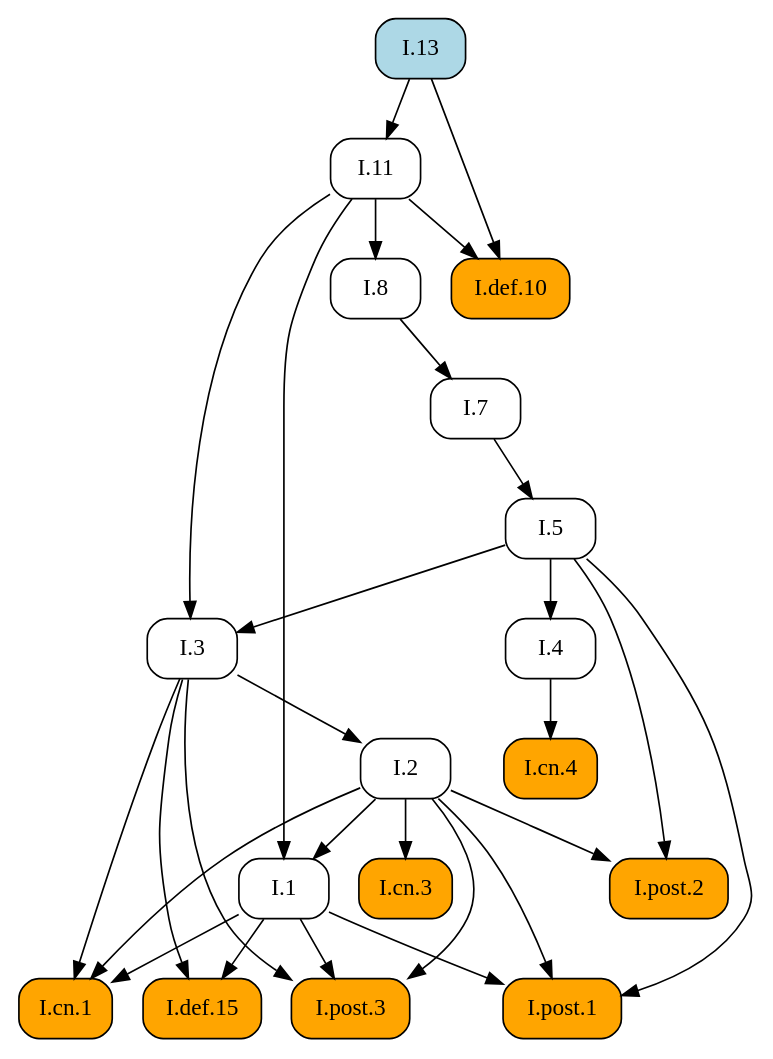
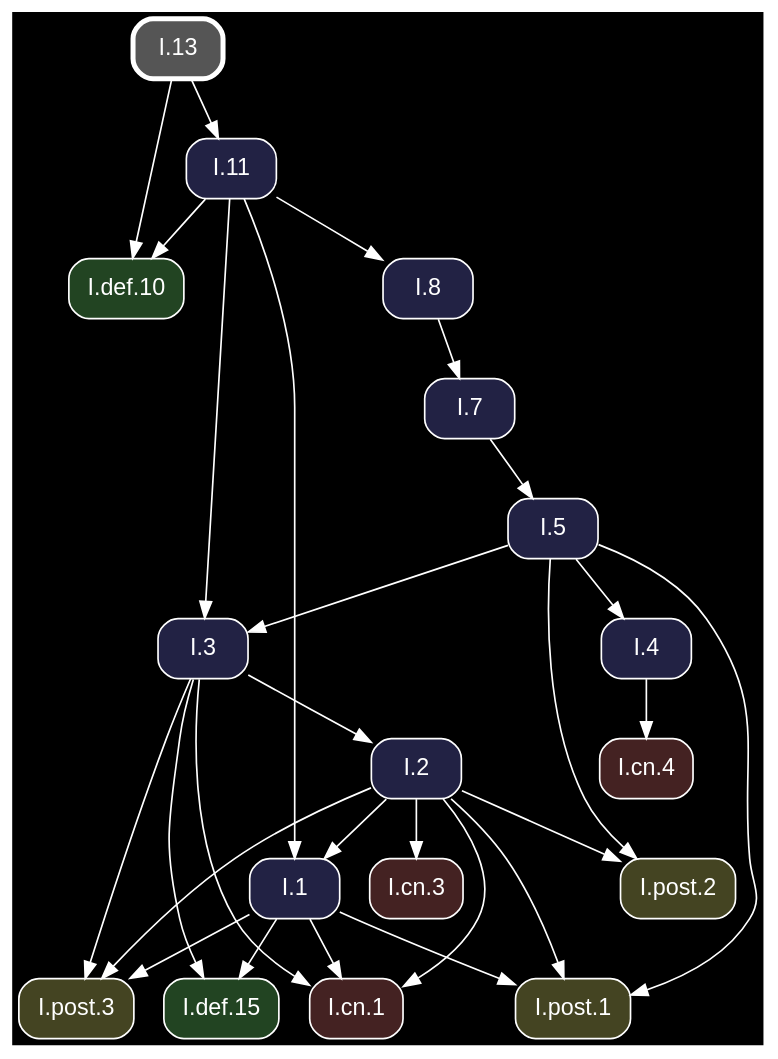
One commit to geometor/elements changed the diagram in docsrc/heath/I/13/index.rst. Above: the diagram before and after it, drawn with Graphviz. The commit also changed other lines of this file and 1200 other files, not shown here.

Commit message:
update dependency graphs

```diff
--- a/docsrc/heath/I/13/index.rst
+++ b/docsrc/heath/I/13/index.rst
@@ -71,50 +71,52 @@
 .. graphviz::
 
    digraph {
+     bgcolor="black";
+     node [shape=box, style="rounded,filled", fontname="Helvetica", color="white", fontcolor="white"];
+     edge [color="white", fontcolor="white"];
      rankdir="TB";
-     node [shape=box, style=rounded];
-     "I.cn.1" [style="rounded,filled", fillcolor=orange, URL="/heath/I/cn.1/", target="_top"];
-     "I.7" [URL="/heath/I/7/", target="_top"];
-     "I.2" [URL="/heath/I/2/", target="_top"];
-     "I.def.15" [style="rounded,filled", fillcolor=orange, URL="/heath/I/def.15/", target="_top"];
-     "I.13" [style="rounded,filled", fillcolor=lightblue, URL="/heath/I/13/", target="_top"];
-     "I.4" [URL="/heath/I/4/", target="_top"];
-     "I.1" [URL="/heath/I/1/", target="_top"];
-     "I.post.3" [style="rounded,filled", fillcolor=orange, URL="/heath/I/post.3/", target="_top"];
-     "I.post.1" [style="rounded,filled", fillcolor=orange, URL="/heath/I/post.1/", target="_top"];
-     "I.8" [URL="/heath/I/8/", target="_top"];
-     "I.5" [URL="/heath/I/5/", target="_top"];
-     "I.cn.3" [style="rounded,filled", fillcolor=orange, URL="/heath/I/cn.3/", target="_top"];
-     "I.def.10" [style="rounded,filled", fillcolor=orange, URL="/heath/I/def.10/", target="_top"];
-     "I.11" [URL="/heath/I/11/", target="_top"];
-     "I.cn.4" [style="rounded,filled", fillcolor=orange, URL="/heath/I/cn.4/", target="_top"];
-     "I.post.2" [style="rounded,filled", fillcolor=orange, URL="/heath/I/post.2/", target="_top"];
-     "I.3" [URL="/heath/I/3/", target="_top"];
+     "I.3" [fillcolor="#222244", URL="/heath/I/3/", target="_top"];
+     "I.post.1" [fillcolor="#444422", URL="/heath/I/post.1/", target="_top"];
+     "I.cn.1" [fillcolor="#442222", URL="/heath/I/cn.1/", target="_top"];
+     "I.def.10" [fillcolor="#224422", URL="/heath/I/def.10/", target="_top"];
+     "I.11" [fillcolor="#222244", URL="/heath/I/11/", target="_top"];
+     "I.cn.3" [fillcolor="#442222", URL="/heath/I/cn.3/", target="_top"];
+     "I.13" [penwidth=3, color="white", fillcolor="#555555", URL="/heath/I/13/", target="_top"];
+     "I.post.2" [fillcolor="#444422", URL="/heath/I/post.2/", target="_top"];
+     "I.2" [fillcolor="#222244", URL="/heath/I/2/", target="_top"];
+     "I.cn.4" [fillcolor="#442222", URL="/heath/I/cn.4/", target="_top"];
+     "I.1" [fillcolor="#222244", URL="/heath/I/1/", target="_top"];
+     "I.8" [fillcolor="#222244", URL="/heath/I/8/", target="_top"];
+     "I.post.3" [fillcolor="#444422", URL="/heath/I/post.3/", target="_top"];
+     "I.4" [fillcolor="#222244", URL="/heath/I/4/", target="_top"];
+     "I.7" [fillcolor="#222244", URL="/heath/I/7/", target="_top"];
+     "I.def.15" [fillcolor="#224422", URL="/heath/I/def.15/", target="_top"];
+     "I.5" [fillcolor="#222244", URL="/heath/I/5/", target="_top"];
+     "I.5" -> "I.3";
+     "I.11" -> "I.3";
+     "I.1" -> "I.post.1";
+     "I.2" -> "I.post.1";
+     "I.5" -> "I.post.1";
      "I.1" -> "I.cn.1";
      "I.2" -> "I.cn.1";
      "I.3" -> "I.cn.1";
-     "I.8" -> "I.7";
+     "I.11" -> "I.def.10";
+     "I.13" -> "I.def.10";
+     "I.13" -> "I.11";
+     "I.2" -> "I.cn.3";
+     "I.2" -> "I.post.2";
+     "I.5" -> "I.post.2";
      "I.3" -> "I.2";
-     "I.1" -> "I.def.15";
-     "I.3" -> "I.def.15";
-     "I.5" -> "I.4";
+     "I.4" -> "I.cn.4";
      "I.2" -> "I.1";
      "I.11" -> "I.1";
+     "I.11" -> "I.8";
      "I.1" -> "I.post.3";
      "I.2" -> "I.post.3";
      "I.3" -> "I.post.3";
-     "I.1" -> "I.post.1";
-     "I.2" -> "I.post.1";
-     "I.5" -> "I.post.1";
-     "I.11" -> "I.8";
+     "I.5" -> "I.4";
+     "I.8" -> "I.7";
+     "I.1" -> "I.def.15";
+     "I.3" -> "I.def.15";
      "I.7" -> "I.5";
-     "I.2" -> "I.cn.3";
-     "I.11" -> "I.def.10";
-     "I.13" -> "I.def.10";
-     "I.13" -> "I.11";
-     "I.4" -> "I.cn.4";
-     "I.2" -> "I.post.2";
-     "I.5" -> "I.post.2";
-     "I.5" -> "I.3";
-     "I.11" -> "I.3";
    }
```
